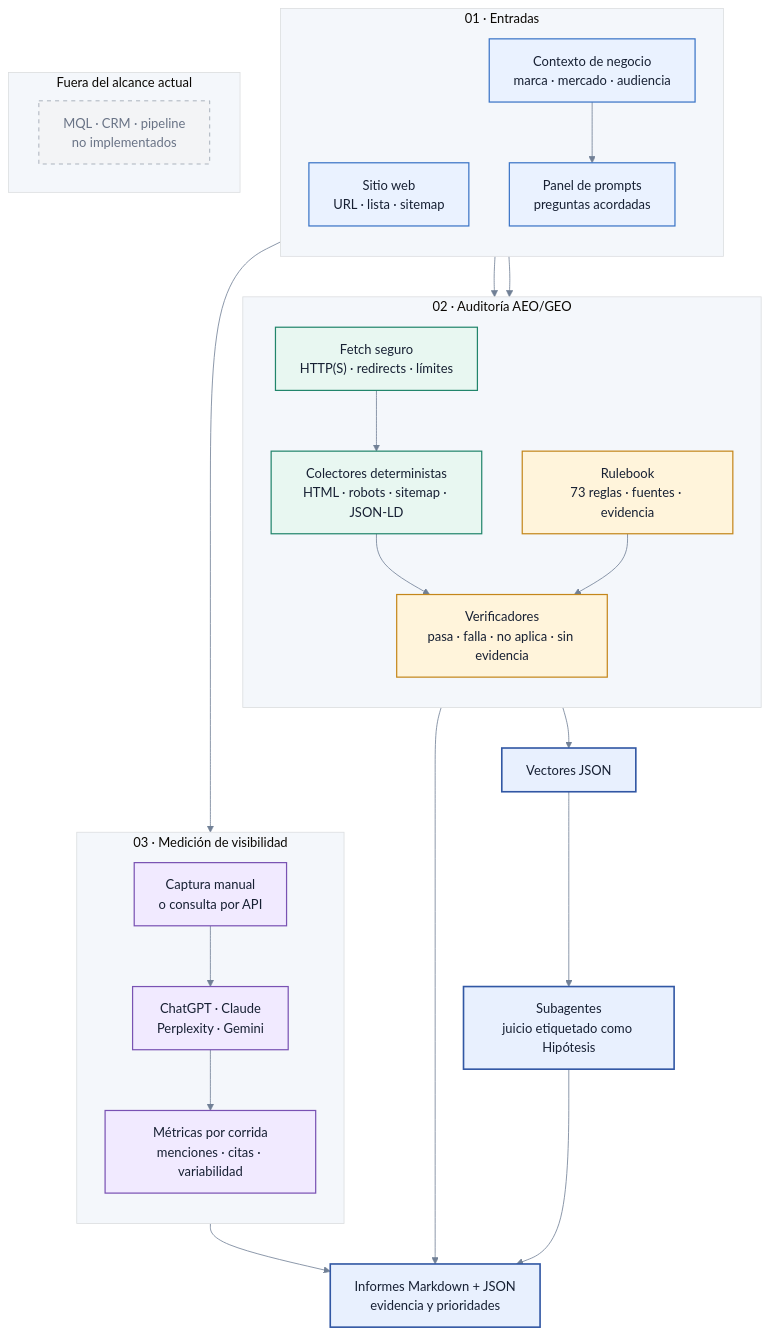
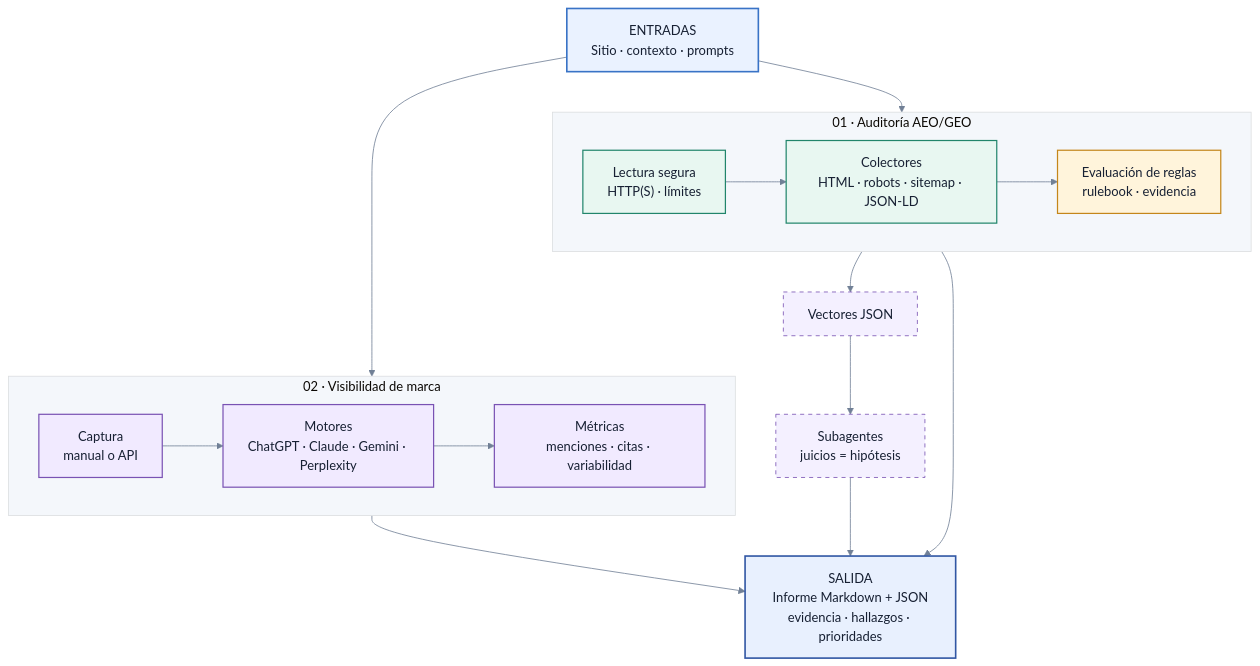
The diagram in README.md (nabolom/geo-mql-auditor), drawn with Mermaid before and after one commit.

Commit message:
Simplify README architecture diagram

````diff
--- a/README.md
+++ b/README.md
@@ -32,53 +32,36 @@
 ```mermaid
 %%{init: {"theme":"base","themeVariables":{"fontFamily":"Inter, ui-sans-serif, system-ui","primaryTextColor":"#172033","lineColor":"#718096","tertiaryColor":"#F4F7FB"}}}%%
 flowchart TB
-  subgraph ENTRADAS["01 · Entradas"]
-    direction TB
-    Sitio["Sitio web<br/>URL · lista · sitemap"]
-    Contexto["Contexto de negocio<br/>marca · mercado · audiencia"]
-    Panel["Panel de prompts<br/>preguntas acordadas"]
+  IN["ENTRADAS<br/>Sitio · contexto · prompts"]
+
+  subgraph AUDIT["01 · Auditoría AEO/GEO"]
+    direction LR
+    FETCH["Lectura segura<br/>HTTP(S) · límites"] --> COLLECT["Colectores<br/>HTML · robots · sitemap · JSON-LD"] --> CHECK["Evaluación de reglas<br/>rulebook · evidencia"]
   end
 
-  subgraph AUDIT["02 · Auditoría AEO/GEO"]
-    direction TB
-    Fetch["Fetch seguro<br/>HTTP(S) · redirects · límites"]
-    Colectores["Colectores deterministas<br/>HTML · robots · sitemap · JSON-LD"]
-    Rulebook["Rulebook<br/>73 reglas · fuentes · evidencia"]
-    Verificar["Verificadores<br/>pasa · falla · no aplica · sin evidencia"]
-    Sitio --> Fetch --> Colectores --> Verificar
-    Rulebook --> Verificar
+  subgraph VIS["02 · Visibilidad de marca"]
+    direction LR
+    CAPTURE["Captura<br/>manual o API"] --> ENGINES["Motores<br/>ChatGPT · Claude · Gemini · Perplexity"] --> METRICS["Métricas<br/>menciones · citas · variabilidad"]
   end
 
-  subgraph VISIBILIDAD["03 · Medición de visibilidad"]
-    direction TB
-    Captura["Captura manual<br/>o consulta por API"]
-    Motores["ChatGPT · Claude<br/>Perplexity · Gemini"]
-    Metricas["Métricas por corrida<br/>menciones · citas · variabilidad"]
-    Panel --> Captura
-    Captura --> Motores --> Metricas
-  end
+  IN --> FETCH
+  IN --> CAPTURE
+  COLLECT --> VECTORS["Vectores JSON"] --> AGENT["Subagentes<br/>juicios = hipótesis"]
+  CHECK --> REPORT["SALIDA<br/>Informe Markdown + JSON<br/>evidencia · hallazgos · prioridades"]
+  AGENT --> REPORT
+  METRICS --> REPORT
 
-  Contexto --> Verificar
-  Contexto --> Panel
-  Verificar --> Reportes["Informes Markdown + JSON<br/>evidencia y prioridades"]
-  Metricas --> Reportes
-  Colectores --> Vectores["Vectores JSON"] --> Subagentes["Subagentes<br/>juicio etiquetado como Hipótesis"] --> Reportes
+  classDef input fill:#EAF2FF,stroke:#3973C6,color:#172033,stroke-width:2px
+  classDef audit fill:#E8F7F1,stroke:#21856B,color:#172033,stroke-width:1.5px
+  classDef rule fill:#FFF4DB,stroke:#C4861A,color:#172033,stroke-width:1.5px
+  classDef visibility fill:#F1EAFF,stroke:#7952B3,color:#172033,stroke-width:1.5px
+  classDef review fill:#F4F0FF,stroke:#7952B3,color:#172033,stroke-dasharray:5 5
+  classDef output fill:#E8F0FE,stroke:#3157A4,color:#172033,stroke-width:2px
 
-  subgraph FUERA["Fuera del alcance actual"]
-    MQL["MQL · CRM · pipeline<br/>no implementados"]
-  end
-
-  classDef input fill:#EAF2FF,stroke:#3973C6,color:#172033,stroke-width:1.5px
-  classDef collect fill:#E8F7F1,stroke:#21856B,color:#172033,stroke-width:1.5px
-  classDef rules fill:#FFF4DB,stroke:#C4861A,color:#172033,stroke-width:1.5px
-  classDef visibility fill:#F1EAFF,stroke:#7952B3,color:#172033,stroke-width:1.5px
-  classDef output fill:#E8F0FE,stroke:#3157A4,color:#172033,stroke-width:2px
-  classDef outscope fill:#F3F4F6,stroke:#9AA3AF,color:#697386,stroke-dasharray:5 5
-
-  class Sitio,Contexto,Panel input
-  class Fetch,Colectores collect
-  class Rulebook,Verificar rules
-  class Captura,Motores,Metricas visibility
-  class Reportes,Vectores,Subagentes output
-  class MQL outscope
+  class IN input
+  class FETCH,COLLECT audit
+  class CHECK rule
+  class CAPTURE,ENGINES,METRICS visibility
+  class VECTORS,AGENT review
+  class REPORT output
 ```
````
